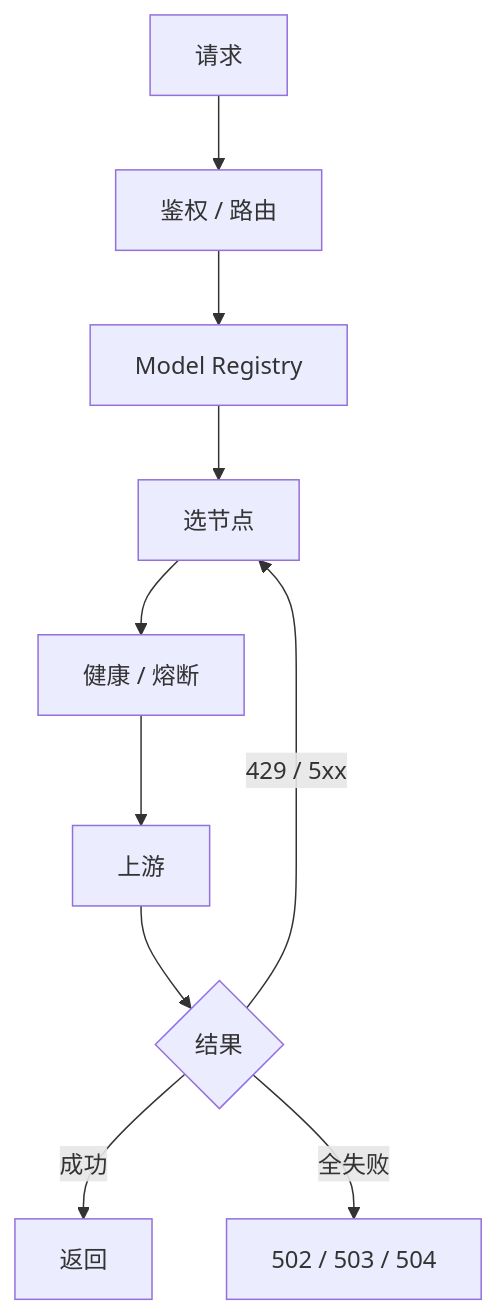
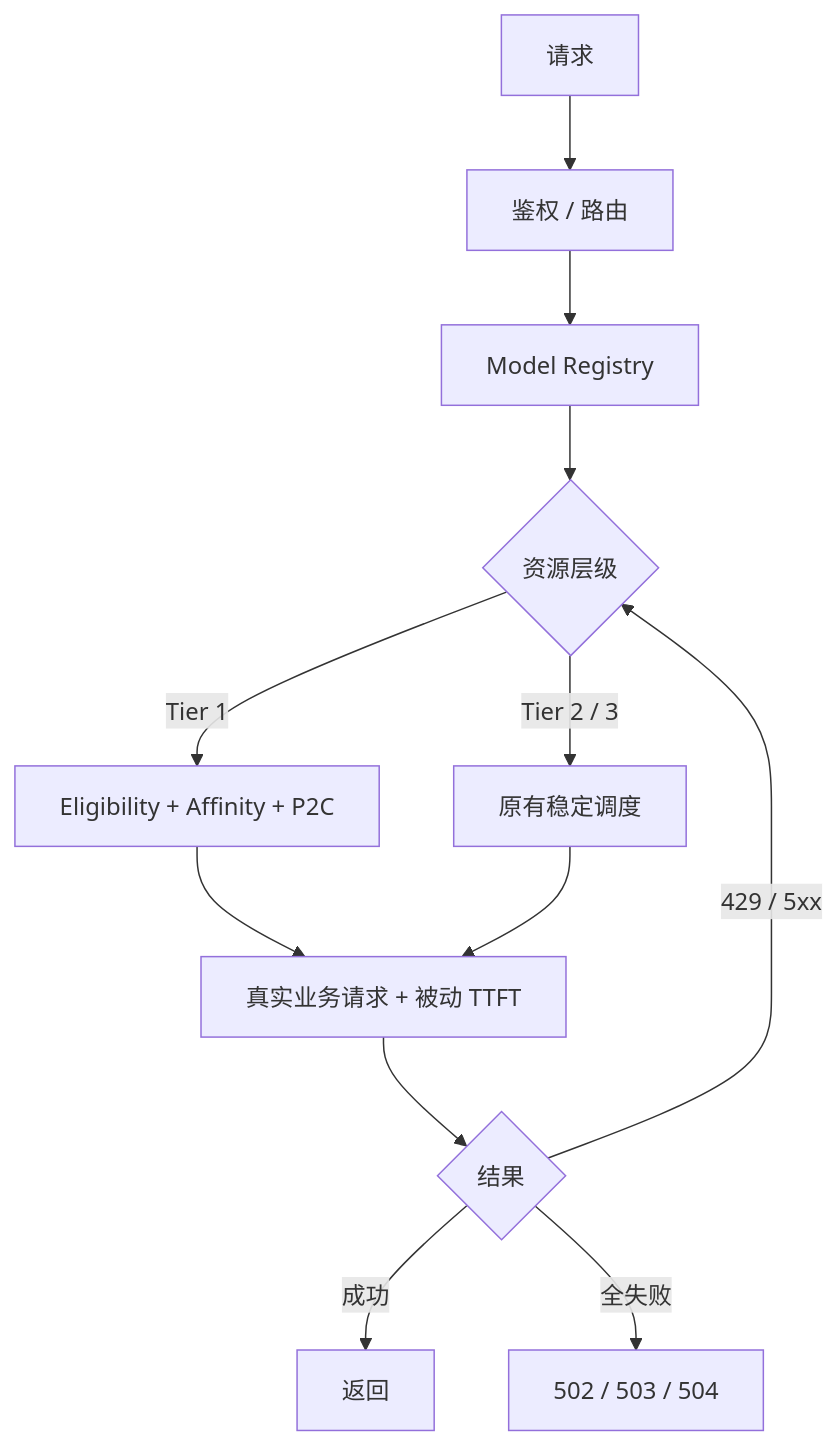
The diagram in README.md (fongap/ai-gateway), drawn with Mermaid before and after one commit. The commit also changed other lines of this file and 37 other files, not shown here.

First line of the commit message:
Refactor Tier 1 scheduler: eligibility + affinity + P2C + passive TTFT

````diff
--- a/README.md
+++ b/README.md
@@ -21,12 +21,14 @@
 ```mermaid
 flowchart TB
     A[请求] --> B[鉴权 / 路由]
     B --> C[Model Registry]
-    C --> D[选节点]
-    D --> E[健康 / 熔断]
-    E --> F[上游]
-    F --> G{结果}
-    G -- 成功 --> H[返回]
-    G -- 429 / 5xx --> D
-    G -- 全失败 --> I[502 / 503 / 504]
+    C --> D{资源层级}
+    D -- Tier 1 --> E[Eligibility + Affinity + P2C]
+    D -- Tier 2 / 3 --> F[原有稳定调度]
+    E --> G[真实业务请求 + 被动 TTFT]
+    F --> G
+    G --> H{结果}
+    H -- 成功 --> I[返回]
+    H -- 429 / 5xx --> D
+    H -- 全失败 --> J[502 / 503 / 504]
 ```
````
